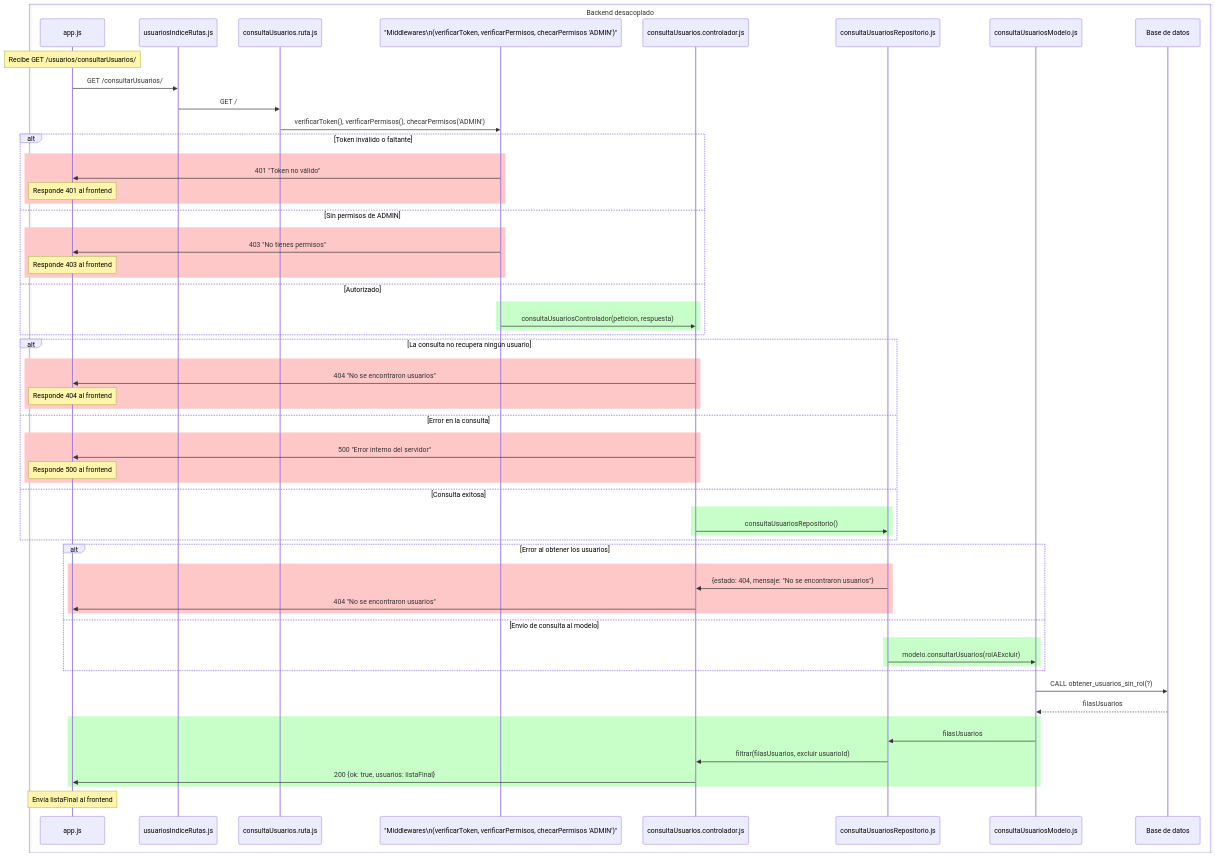
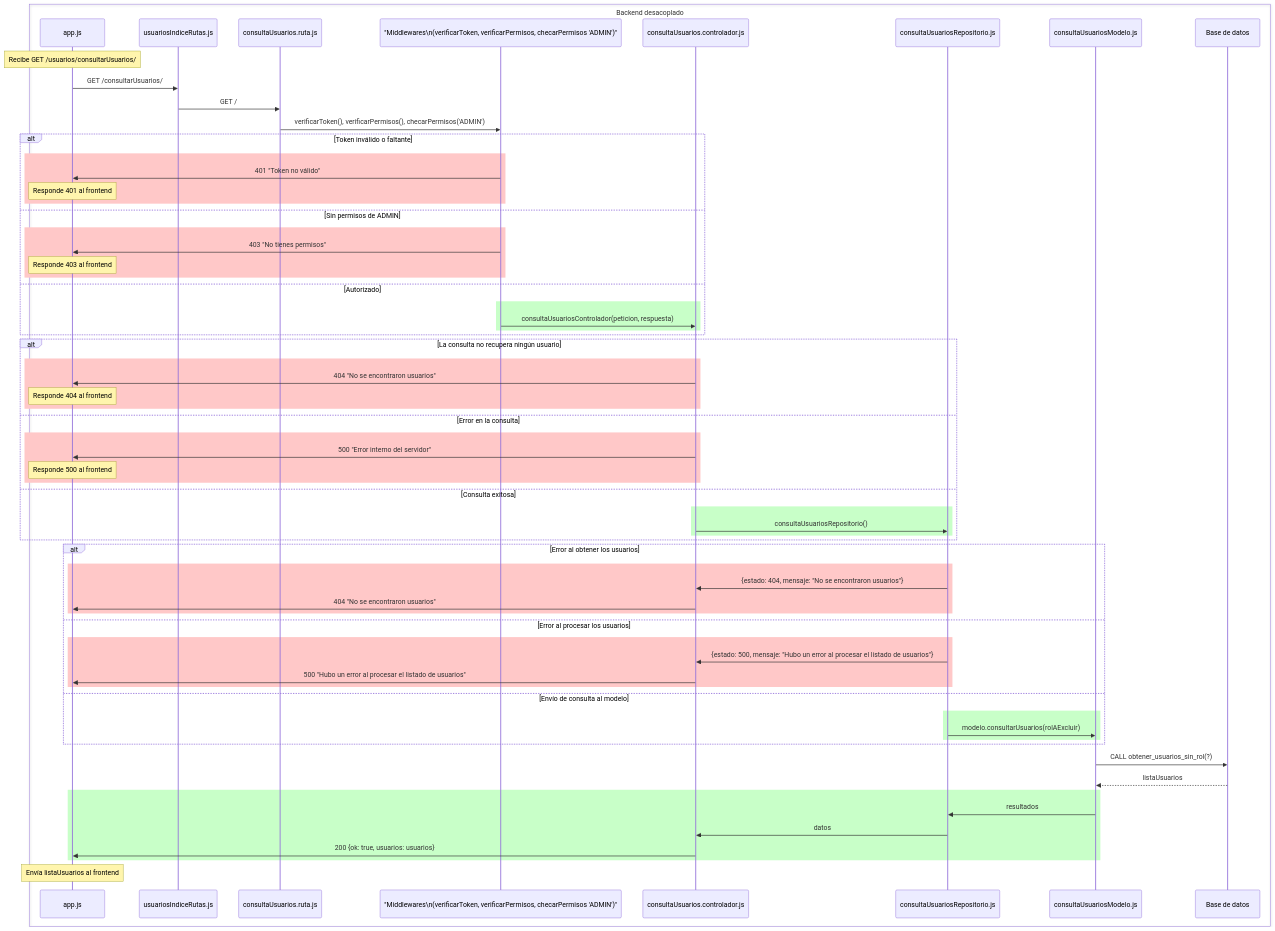
The second of 2 diagrams in documentation/docs/proyectos/tractores/documentacion/requisitos/RF15.md (CodeAnd-Co/Documentacion), drawn with Mermaid before and after one commit. The commit also changed other lines of this file, not shown here.

Commit message:
Diagrama de Secuencia para la Consulta de Usuarios

````diff
--- a/documentation/docs/proyectos/tractores/documentacion/requisitos/RF15.md
+++ b/documentation/docs/proyectos/tractores/documentacion/requisitos/RF15.md
@@ -135,6 +115,11 @@
       repositorio ->> controlador: {estado: 404, mensaje: "No se encontraron usuarios"}
       controlador ->> app: 404 "No se encontraron usuarios"
     end
+  else Error al procesar los usuarios
+    rect rgb(255,200,200)
+      repositorio ->> controlador: {estado: 500, mensaje: "Hubo un error al procesar el listado de usuarios"}
+      controlador ->> app: 500 "Hubo un error al procesar el listado de usuarios"
+    end
   else Envío de consulta al modelo
     rect rgb(200,255,200)
       repositorio ->> modelo: modelo.consultarUsuarios(rolAExcluir)
@@ -143,13 +128,13 @@
 
   %% Modelo y BD
   modelo ->> bd: CALL obtener_usuarios_sin_rol(?)
-  bd -->> modelo: filasUsuarios
+  bd -->> modelo: listaUsuarios
 
   rect rgb(200,255,200)
-    modelo ->> repositorio: filasUsuarios
-    repositorio ->> controlador: filtrar(filasUsuarios, excluir usuarioId)
-    controlador ->> app: 200 {ok: true, usuarios: listaFinal}
+    modelo ->> repositorio: resultados
+    repositorio ->> controlador: datos
+    controlador ->> app: 200 {ok: true, usuarios: usuarios}
   end
 
-  Note over app: Envía listaFinal al frontend
+  Note over app: Envía listaUsuarios al frontend
 ```
````
